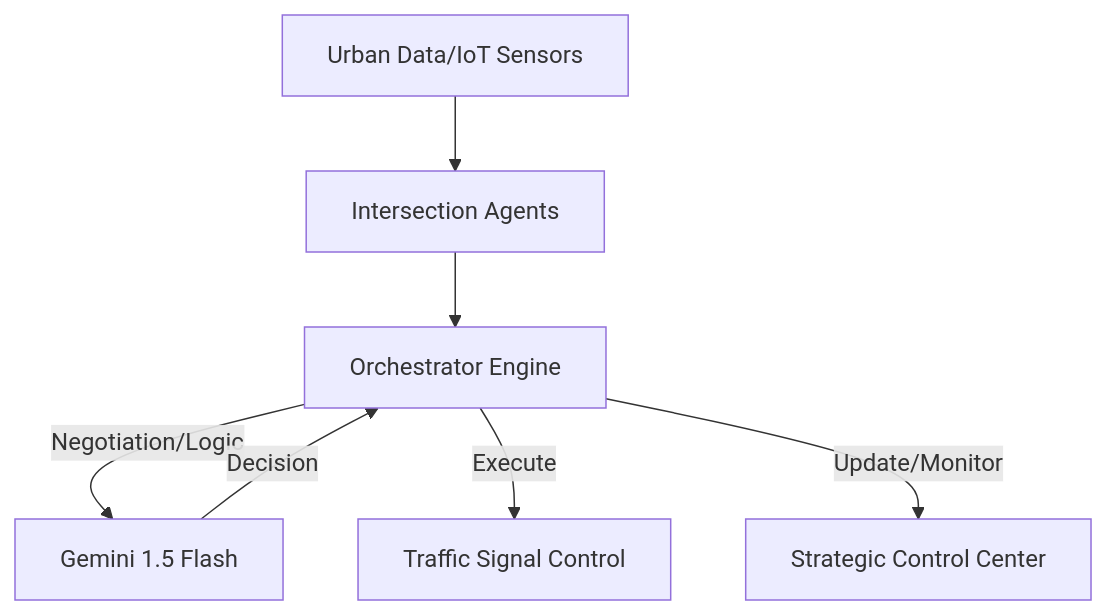
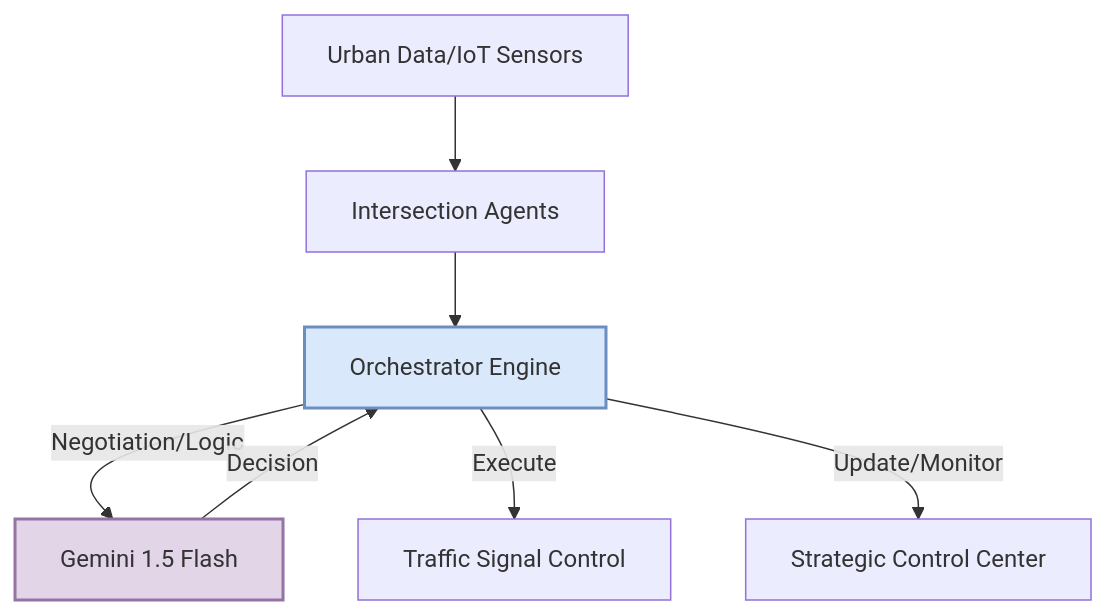
One commit to maybenot229/GDG-wiralalu changed the diagram in prototypedocumentation.md. Above: the diagram before and after it, drawn with Mermaid.

Commit message:
prototype documentation v3

````diff
--- a/prototypedocumentation.md
+++ b/prototypedocumentation.md
@@ -29,9 +29,17 @@
 ```mermaid
 graph TD
+    %% Define the data flow clearly
     Data["Urban Data/IoT Sensors"] --> IA["Intersection Agents"]
     IA --> O["Orchestrator Engine"]
-    O -->|Negotiation/Logic| LLM["Gemini 1.5 Flash"]
-    LLM -->|Decision| O
+    
+    %% Use sub-paths to prevent overlap
+    O -- "Negotiation/Logic" --> LLM["Gemini 1.5 Flash"]
+    LLM -- "Decision" --> O
+    
     O -->|Execute| Lights["Traffic Signal Control"]
     O -->|Update/Monitor| Dashboard["Strategic Control Center"]
+
+    %% Add styling for clarity
+    style LLM fill:#e1d5e7,stroke:#9673a6,stroke-width:2px
+    style O fill:#dae8fc,stroke:#6c8ebf,stroke-width:2px
 ```
````
